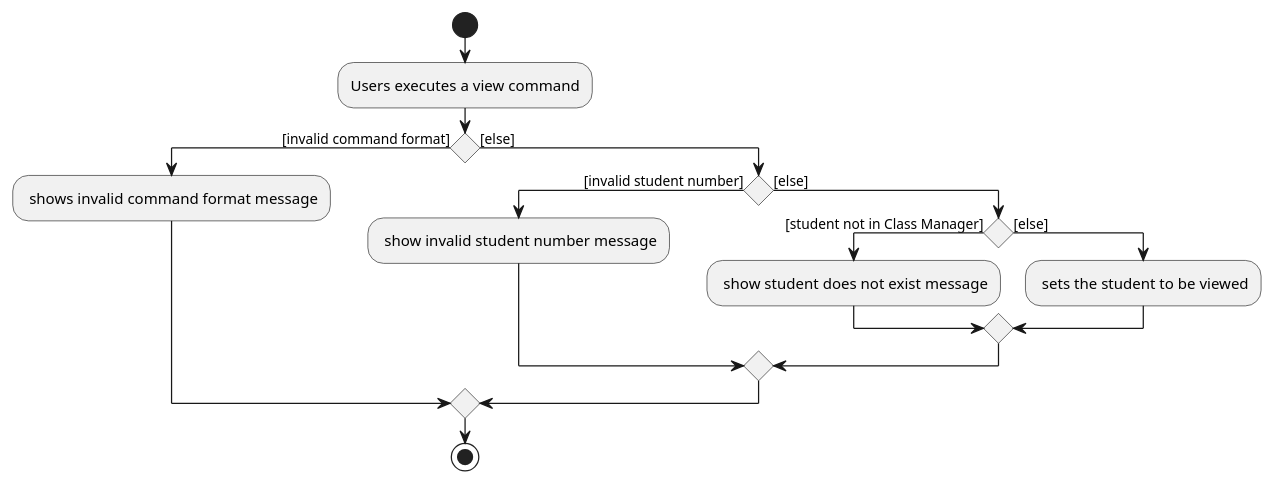
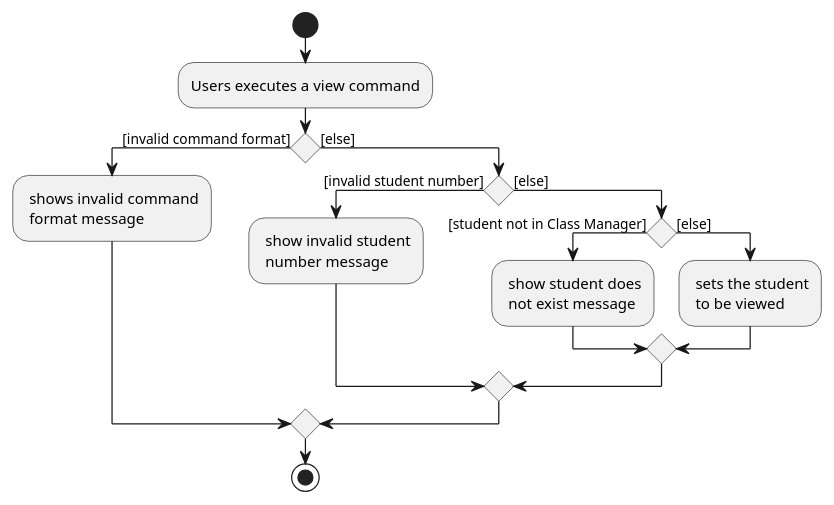
Before and after one commit to AY2324S1-CS2103T-T11-1/tp: the diagram in diagrams/ViewCommandActivityDiagram.puml, drawn with PlantUML. The commit also changed 41 other files, not shown here.

```diff
--- a/diagrams/ViewCommandActivityDiagram.puml
+++ b/diagrams/ViewCommandActivityDiagram.puml
@@ -1,19 +1,19 @@
 @startuml
 start
 :Users executes a view command;
 
 if () then ([invalid command format])
-    : shows invalid command format message;
+    : shows invalid command\n format message;
 else ([else])
     if () then ([invalid student number])
-        : show invalid student number message;
+        : show invalid student\n number message;
     else ([else])
         if () then ([student not in Class Manager])
-            : show student does not exist message;
+            : show student does\n not exist message;
         else ([else])
-            : sets the student to be viewed;
+            : sets the student\n to be viewed;
         endif
     endif
 endif
 stop
 @enduml
```
